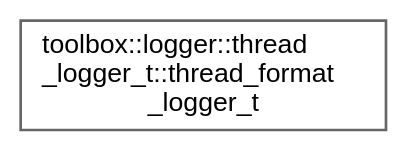
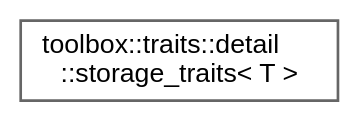
One commit to nerdneilsfield/cpp-toolbox changed the diagram in inherit_graph_40.dot. Above: the diagram before and after it, drawn with Graphviz. The commit also changed 153 other files, not shown here.

```diff
--- a/inherit_graph_40.dot
+++ b/inherit_graph_40.dot
@@ -1,9 +1,9 @@
 digraph "Graphical Class Hierarchy"
 {
  // LATEX_PDF_SIZE
   bgcolor="transparent";
   edge [fontname=Helvetica,fontsize=10,labelfontname=Helvetica,labelfontsize=10];
   node [fontname=Helvetica,fontsize=10,shape=box,height=0.2,width=0.4];
   rankdir="LR";
-  Node0 [id="Node000000",label="toolbox::logger::thread\l_logger_t::thread_format\l_logger_t",height=0.2,width=0.4,color="grey40", fillcolor="white", style="filled",URL="$classtoolbox_1_1logger_1_1thread__logger__t_1_1thread__format__logger__t.html",tooltip="基于格式的日志记录器,用于printf风格的消息格式化 / Format-based logger for printf-style message formatting"];
+  Node0 [id="Node000000",label="toolbox::traits::detail\l::storage_traits\< T \>",height=0.2,width=0.4,color="grey40", fillcolor="white", style="filled",URL="$structtoolbox_1_1traits_1_1detail_1_1storage__traits.html",tooltip="类型存储特征/Storage traits for types"];
 }
```
